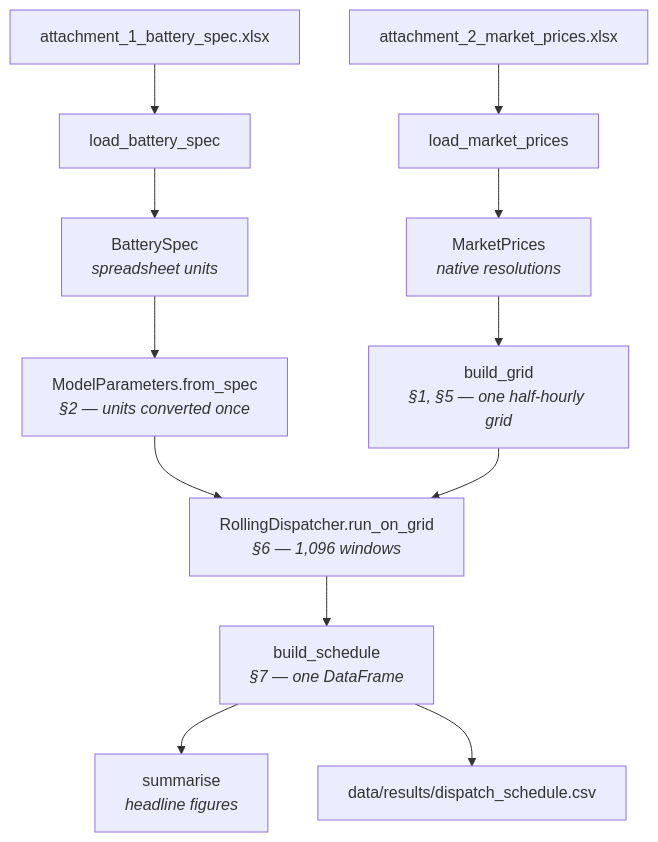
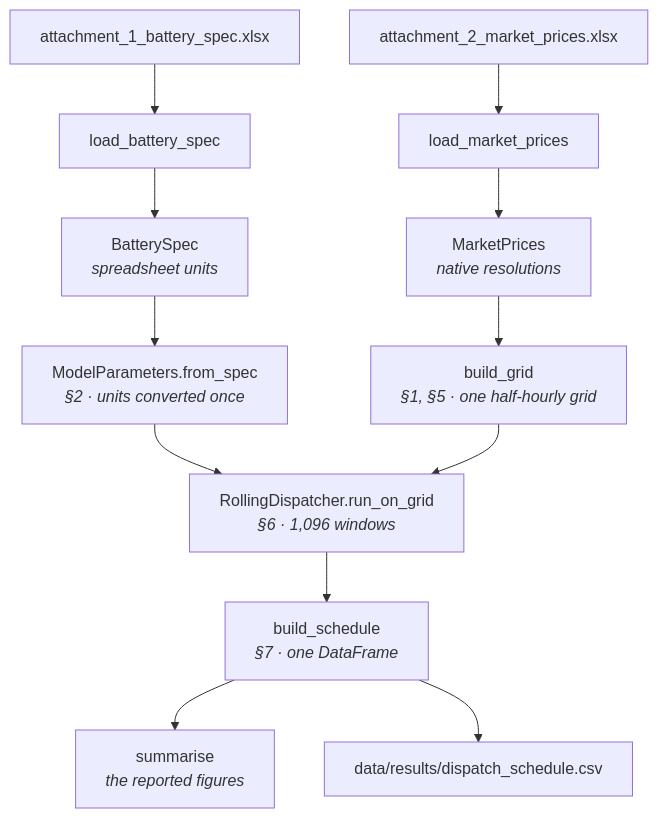
The first of 4 diagrams in docs/solve.md (GuilhermePFM/BatteryCase), drawn with Mermaid before and after one commit. The commit also changed other lines of this file and 20 other files, not shown here.

````diff
--- a/docs/solve.md
+++ b/docs/solve.md
@@ -13,14 +13,14 @@
 ```mermaid
 flowchart TD
     X1["attachment_1_battery_spec.xlsx"] --> L1["load_battery_spec"]
     X2["attachment_2_market_prices.xlsx"] --> L2["load_market_prices"]
     L1 --> S["BatterySpec<br/><i>spreadsheet units</i>"]
     L2 --> P["MarketPrices<br/><i>native resolutions</i>"]
-    S --> PA["ModelParameters.from_spec<br/><i>§2 — units converted once</i>"]
-    P --> G["build_grid<br/><i>§1, §5 — one half-hourly grid</i>"]
-    PA --> R["RollingDispatcher.run_on_grid<br/><i>§6 — 1,096 windows</i>"]
+    S --> PA["ModelParameters.from_spec<br/><i>§2 · units converted once</i>"]
+    P --> G["build_grid<br/><i>§1, §5 · one half-hourly grid</i>"]
+    PA --> R["RollingDispatcher.run_on_grid<br/><i>§6 · 1,096 windows</i>"]
     G --> R
-    R --> SC["build_schedule<br/><i>§7 — one DataFrame</i>"]
-    SC --> SU["summarise<br/><i>headline figures</i>"]
+    R --> SC["build_schedule<br/><i>§7 · one DataFrame</i>"]
+    SC --> SU["summarise<br/><i>the reported figures</i>"]
     SC --> OUT["data/results/dispatch_schedule.csv"]
 ```
````
